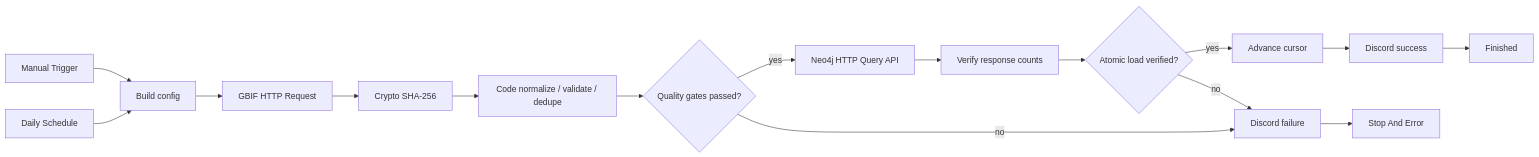
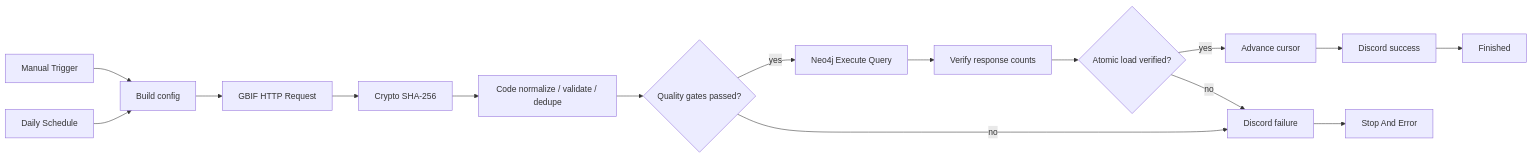
Before and after one commit to EvoDmiK/RobinGraph: the first of 2 diagrams in docs/n8n/final-operational-ingest.md, drawn with Mermaid. The commit also changed other lines of this file and 6 other files, not shown here.

````diff
--- a/docs/n8n/final-operational-ingest.md
+++ b/docs/n8n/final-operational-ingest.md
@@ -39,18 +39,18 @@
 ```mermaid
 flowchart LR
   M[Manual Trigger] --> C[Build config]
   S[Daily Schedule] --> C
   C --> G[GBIF HTTP Request]
   G --> H[Crypto SHA-256]
   H --> N[Code normalize / validate / dedupe]
   N --> Q{Quality gates passed?}
-  Q -->|yes| U[Neo4j HTTP Query API]
+  Q -->|yes| U[Neo4j Execute Query]
   Q -->|no| F[Discord failure]
   U --> R[Verify response counts]
   R --> V{Atomic load verified?}
   V -->|yes| A[Advance cursor]
   V -->|no| F
   A --> D[Discord success]
   D --> Z[Finished]
   F --> E[Stop And Error]
 ```
````
